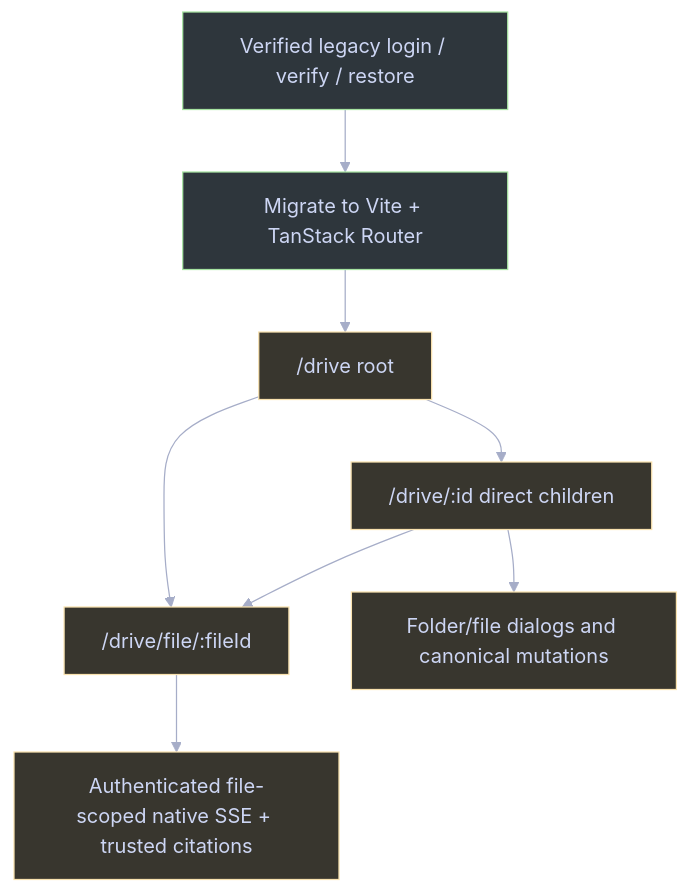
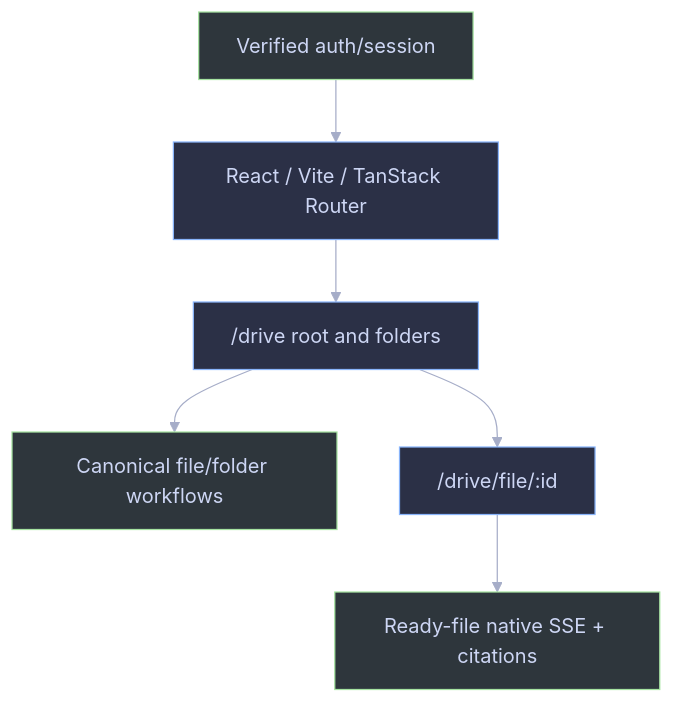
One commit to RyxnDmello/atlas changed the second of 4 diagrams in client/AGENTS.md. Above: the diagram before and after it, drawn with Mermaid. The commit also changed other lines of this file and 23 other files, not shown here.

First line of the commit message:
feat(rag, folders): verify folder scopes and multi-file retrieval

````diff
--- a/client/AGENTS.md
+++ b/client/AGENTS.md
@@ -58,17 +173,18 @@
 ```mermaid
 %%{init: {'theme': 'base', 'themeVariables': {'background': '#1e1e2e', 'primaryColor': '#45475a', 'primaryTextColor': '#cdd6f4', 'primaryBorderColor': '#89b4fa', 'lineColor': '#a6adc8', 'secondaryColor': '#313244', 'tertiaryColor': '#181825', 'fontFamily': 'Inter, sans-serif'}}}%%
 flowchart TD
-    Auth["Verified legacy login / verify / restore"] --> Migrate["Migrate to Vite + TanStack Router"]
-    Migrate --> Root["/drive root"]
-    Root --> Folder["/drive/:id direct children"]
-    Root --> File["/drive/file/:fileId"]
-    Folder --> File
-    Folder --> Mutate["Folder/file dialogs and canonical mutations"]
-    File --> Ask["Authenticated file-scoped native SSE + trusted citations"]
-    class Auth,Migrate verified;
-    class Root,Folder,Mutate caution;
-    class File,Ask caution;
+    Auth["Verified auth/session"] --> SPA["React / Vite / TanStack Router"]
+    SPA --> Drive["/drive root and folders"]
+    Drive --> Lifecycle["Canonical file/folder workflows"]
+    Drive --> File["/drive/file/:id"]
+    File --> Ask["Ready-file native SSE + citations"]
+    class Auth,Lifecycle,Ask verified;
+    class SPA,Drive,File client;
+    classDef client fill:#2b3046,stroke:#89b4fa,stroke-width:1px,color:#cdd6f4;
+    classDef service fill:#2c3642,stroke:#94e2d5,stroke-width:1px,color:#cdd6f4;
+    classDef storage fill:#332e46,stroke:#cba6f7,stroke-width:1px,color:#cdd6f4;
     classDef verified fill:#2e363c,stroke:#a6e3a1,stroke-width:1px,color:#cdd6f4;
     classDef planned fill:#30323f,stroke:#b4befe,stroke-width:1px,color:#cdd6f4;
     classDef caution fill:#38362e,stroke:#f9e2af,stroke-width:1px,color:#cdd6f4;
+    classDef denied fill:#39303d,stroke:#f38ba8,stroke-width:1px,color:#cdd6f4;
 ```
````
